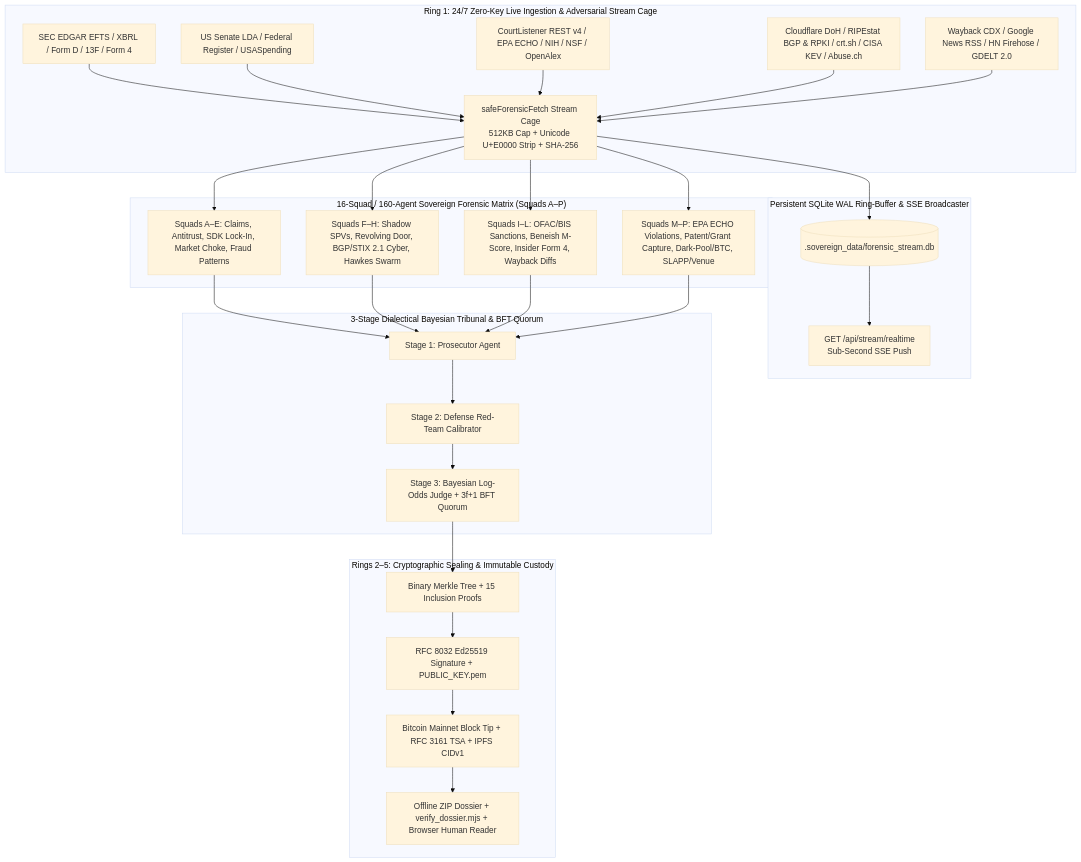
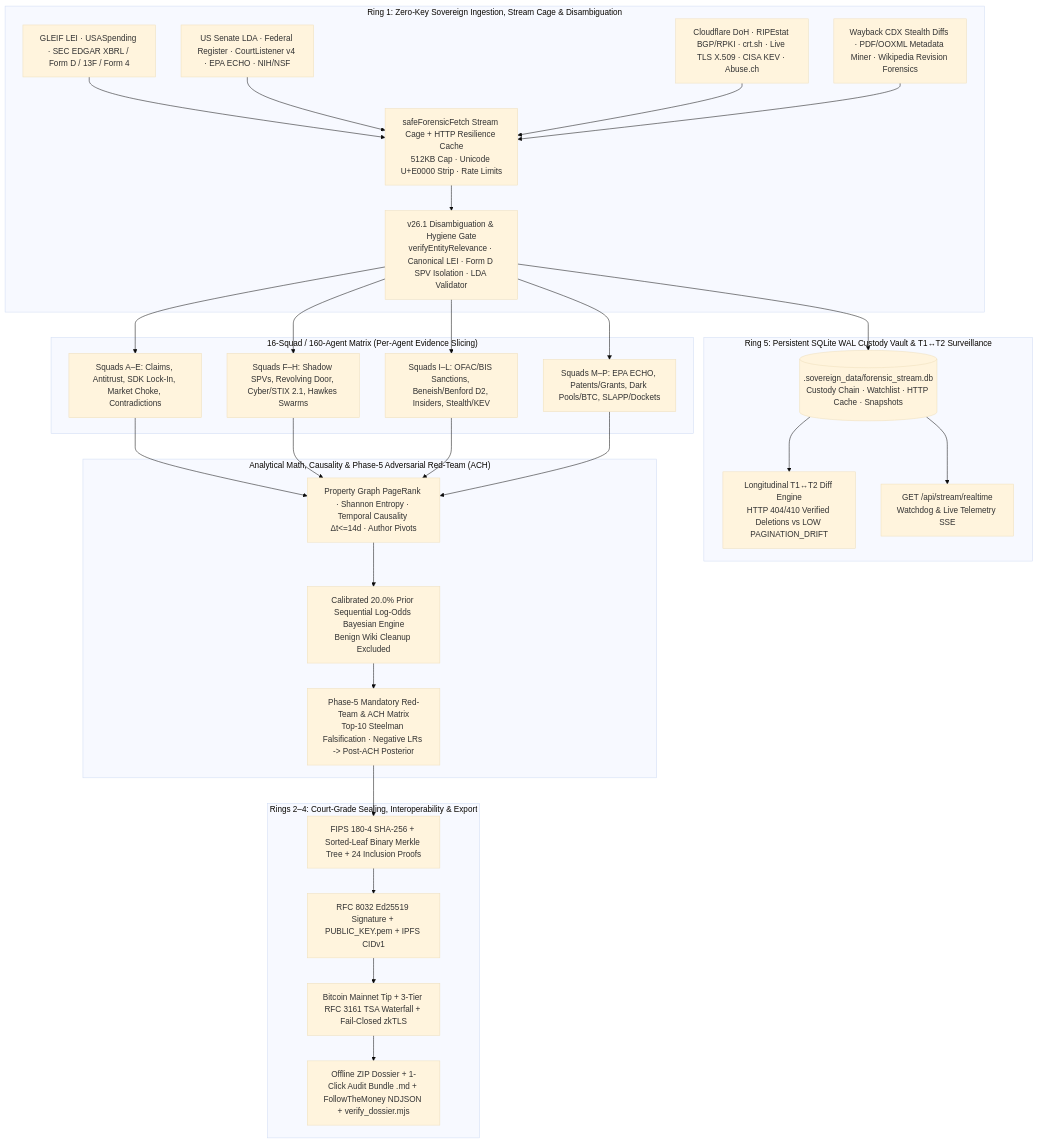
The diagram in README.md (codevalai/Sovereign-Tech-Hyper-Investigations-Grid), drawn with Mermaid (base theme) before and after one commit. The commit also changed other lines of this file and 47 other files, not shown here.

````diff
--- a/README.md
+++ b/README.md
@@ -16,41 +31,43 @@
 ```mermaid
 flowchart TD
-    subgraph Ring1["Ring 1: 24/7 Zero-Key Live Ingestion & Adversarial Stream Cage"]
-        A1[SEC EDGAR EFTS / XBRL / Form D / 13F / Form 4]
-        A2[US Senate LDA / Federal Register / USASpending]
-        A3[CourtListener REST v4 / EPA ECHO / NIH / NSF / OpenAlex]
-        A4[Cloudflare DoH / RIPEstat BGP & RPKI / crt.sh / CISA KEV / Abuse.ch]
-        A5[Wayback CDX / Google News RSS / HN Firehose / GDELT 2.0]
-        SHIELD[safeForensicFetch Stream Cage\n512KB Cap + Unicode U+E0000 Strip + SHA-256]
-        A1 & A2 & A3 & A4 & A5 --> SHIELD
+    subgraph Ring1["Ring 1: Zero-Key Sovereign Ingestion, Stream Cage & Disambiguation"]
+        S1[GLEIF LEI · USASpending · SEC EDGAR XBRL / Form D / 13F / Form 4]
+        S2[US Senate LDA · Federal Register · CourtListener v4 · EPA ECHO · NIH/NSF]
+        S3[Cloudflare DoH · RIPEstat BGP/RPKI · crt.sh · Live TLS X.509 · CISA KEV · Abuse.ch]
+        S4[Wayback CDX Stealth Diffs · PDF/OOXML Metadata Miner · Wikipedia Revision Forensics]
+        CAGE[safeForensicFetch Stream Cage + HTTP Resilience Cache\n512KB Cap · Unicode U+E0000 Strip · Rate Limits]
+        GATE[v26.1 Disambiguation & Hygiene Gate\nverifyEntityRelevance · Canonical LEI · Form D SPV Isolation · LDA Validator]
+        S1 & S2 & S3 & S4 --> CAGE --> GATE
     end
 
-    subgraph Daemon["Persistent SQLite WAL Ring-Buffer & SSE Broadcaster"]
-        DB[(.sovereign_data/forensic_stream.db)]
-        SSE[GET /api/stream/realtime\nSub-Second SSE Push]
-        SHIELD --> DB --> SSE
+    subgraph Vault["Ring 5: Persistent SQLite WAL Custody Vault & T1↔T2 Surveillance"]
+        DB[(.sovereign_data/forensic_stream.db\nCustody Chain · Watchlist · HTTP Cache · Snapshots)]
+        DIFF[Longitudinal T1↔T2 Diff Engine\nHTTP 404/410 Verified Deletions vs LOW PAGINATION_DRIFT]
+        SSE[GET /api/stream/realtime\nWatchdog & Live Telemetry SSE]
+        GATE --> DB --> DIFF
+        DB --> SSE
     end
 
-    subgraph Swarm["16-Squad / 160-Agent Sovereign Forensic Matrix (Squads A–P)"]
-        SQ_AD[Squads A–E: Claims, Antitrust, SDK Lock-In, Market Choke, Fraud Patterns]
-        SQ_FH[Squads F–H: Shadow SPVs, Revolving Door, BGP/STIX 2.1 Cyber, Hawkes Swarm]
-        SQ_IL[Squads I–L: OFAC/BIS Sanctions, Beneish M-Score, Insider Form 4, Wayback Diffs]
-        SQ_MP[Squads M–P: EPA ECHO Violations, Patent/Grant Capture, Dark-Pool/BTC, SLAPP/Venue]
-        SHIELD --> SQ_AD & SQ_FH & SQ_IL & SQ_MP
+    subgraph Swarm["16-Squad / 160-Agent Matrix (Per-Agent Evidence Slicing)"]
+        SQ1[Squads A–E: Claims, Antitrust, SDK Lock-In, Market Choke, Contradictions]
+        SQ2[Squads F–H: Shadow SPVs, Revolving Door, Cyber/STIX 2.1, Hawkes Swarms]
+        SQ3[Squads I–L: OFAC/BIS Sanctions, Beneish/Benford D2, Insiders, Stealth/KEV]
+        SQ4[Squads M–P: EPA ECHO, Patents/Grants, Dark Pools/BTC, SLAPP/Dockets]
+        GATE --> SQ1 & SQ2 & SQ3 & SQ4
     end
 
-    subgraph Tribunal["3-Stage Dialectical Bayesian Tribunal & BFT Quorum"]
-        PROS[Stage 1: Prosecutor Agent]
-        RED[Stage 2: Defense Red-Team Calibrator]
-        JUDGE[Stage 3: Bayesian Log-Odds Judge + 3f+1 BFT Quorum]
-        SQ_AD & SQ_FH & SQ_IL & SQ_MP --> PROS --> RED --> JUDGE
+    subgraph Reasoning["Analytical Math, Causality & Phase-5 Adversarial Red-Team (ACH)"]
+        MATH[Property Graph PageRank · Shannon Entropy · Temporal Causality Δt<=14d · Author Pivots]
+        BAYES[Calibrated 20.0% Prior Sequential Log-Odds Bayesian Engine\nBenign Wiki Cleanup Excluded]
+        ACH[Phase-5 Mandatory Red-Team & ACH Matrix\nTop-10 Steelman Falsification · Negative LRs -> Post-ACH Posterior]
+        SQ1 & SQ2 & SQ3 & SQ4 --> MATH --> BAYES --> ACH
     end
 
-    subgraph CryptoSeal["Rings 2–5: Cryptographic Sealing & Immutable Custody"]
-        MERKLE[Binary Merkle Tree + 15 Inclusion Proofs]
-        ED25519[RFC 8032 Ed25519 Signature + PUBLIC_KEY.pem]
-        ANCHOR[Bitcoin Mainnet Block Tip + RFC 3161 TSA + IPFS CIDv1]
-        ZIP[Offline ZIP Dossier + verify_dossier.mjs + Browser Human Reader]
-        JUDGE --> MERKLE --> ED25519 --> ANCHOR --> ZIP
+    subgraph Sealing["Rings 2–4: Court-Grade Sealing, Interoperability & Export"]
+        MERKLE[FIPS 180-4 SHA-256 + Sorted-Leaf Binary Merkle Tree + 24 Inclusion Proofs]
+        SIGN[RFC 8032 Ed25519 Signature + PUBLIC_KEY.pem + IPFS CIDv1]
+        ANCHOR[Bitcoin Mainnet Tip + 3-Tier RFC 3161 TSA Waterfall + Fail-Closed zkTLS]
+        EXPORT[Offline ZIP Dossier + 1-Click Audit Bundle .md + FollowTheMoney NDJSON + verify_dossier.mjs]
+        ACH --> MERKLE --> SIGN --> ANCHOR --> EXPORT
     end
 ```
````
